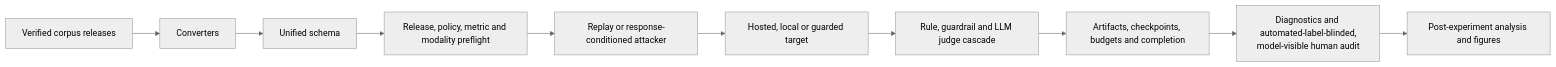
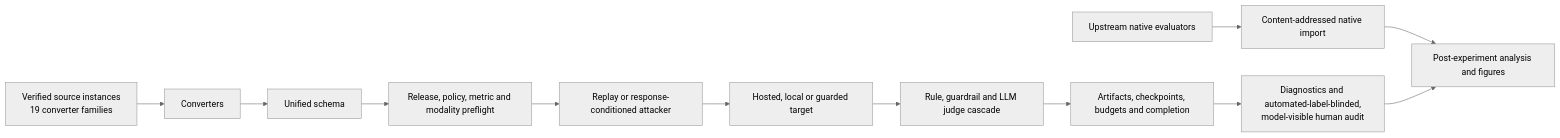
The diagram in docs/ARCHITECTURE.md (ctapnec/MLLMRiskBench), drawn with Mermaid (neutral theme) before and after one commit. The commit also changed other lines of this file and 57 other files, not shown here.

````diff
--- a/docs/ARCHITECTURE.md
+++ b/docs/ARCHITECTURE.md
@@ -3,12 +3,14 @@
 ```mermaid
 flowchart LR
-    S[Verified corpus releases] --> C[Converters]
+    S[Verified source instances<br/>19 converter families] --> C[Converters]
     C --> U[Unified schema]
     U --> P[Release, policy, metric and modality preflight]
     P --> A[Replay or response-conditioned attacker]
     A --> T[Hosted, local or guarded target]
     T --> J[Rule, guardrail and LLM judge cascade]
     J --> R[Artifacts, checkpoints, budgets and completion]
+    N[Upstream native evaluators] --> I[Content-addressed native import]
     R --> D[Diagnostics and automated-label-blinded,<br/>model-visible human audit]
+    I --> X
     D --> X[Post-experiment analysis and figures]
 ```
````
